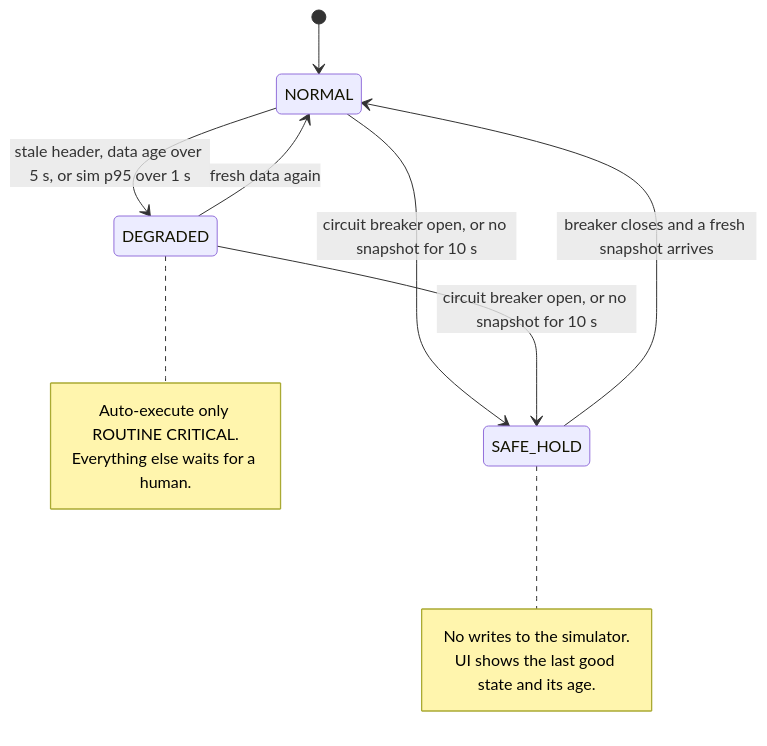
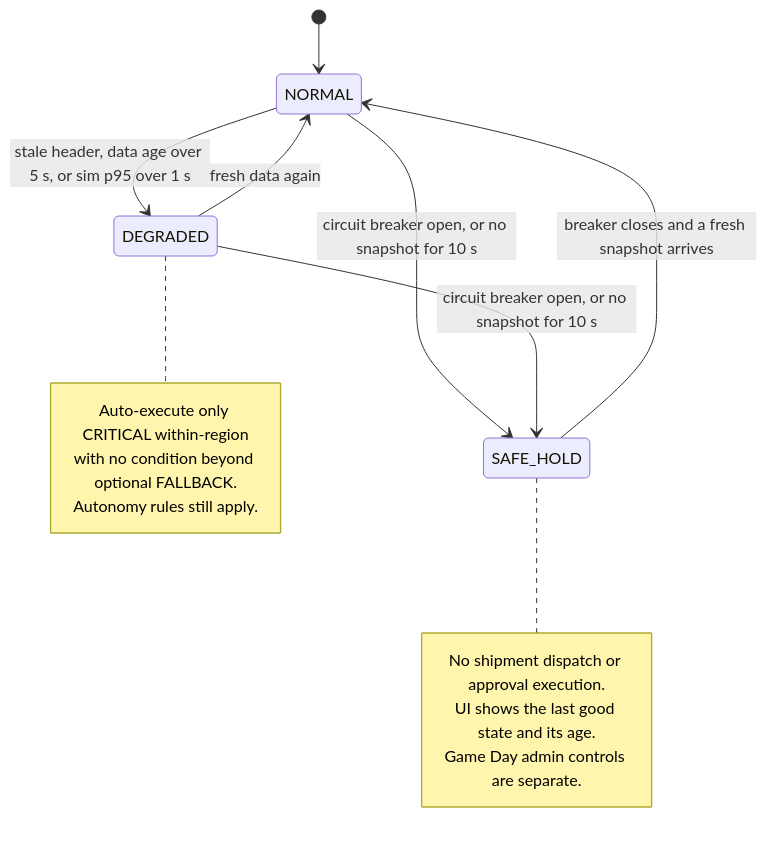
Before and after one commit to kawsher-hridoy/jalani-control-tower: the fourth of 5 diagrams in docs/architecture.md, drawn with Mermaid. The commit also changed other lines of this file and 3 other files, not shown here.

````diff
--- a/docs/architecture.md
+++ b/docs/architecture.md
@@ -114,17 +114,19 @@
 ```mermaid
 stateDiagram-v2
   [*] --> NORMAL
   NORMAL --> DEGRADED: stale header, data age over 5 s, or sim p95 over 1 s
   DEGRADED --> NORMAL: fresh data again
   NORMAL --> SAFE_HOLD: circuit breaker open, or no snapshot for 10 s
   DEGRADED --> SAFE_HOLD: circuit breaker open, or no snapshot for 10 s
   SAFE_HOLD --> NORMAL: breaker closes and a fresh snapshot arrives
   note right of SAFE_HOLD
-    No writes to the simulator.
+    No shipment dispatch or approval execution.
     UI shows the last good state and its age.
+    Game Day admin controls are separate.
   end note
   note right of DEGRADED
-    Auto-execute only ROUTINE CRITICAL.
-    Everything else waits for a human.
+    Auto-execute only CRITICAL within-region
+    with no condition beyond optional FALLBACK.
+    Autonomy rules still apply.
   end note
 ```
````
